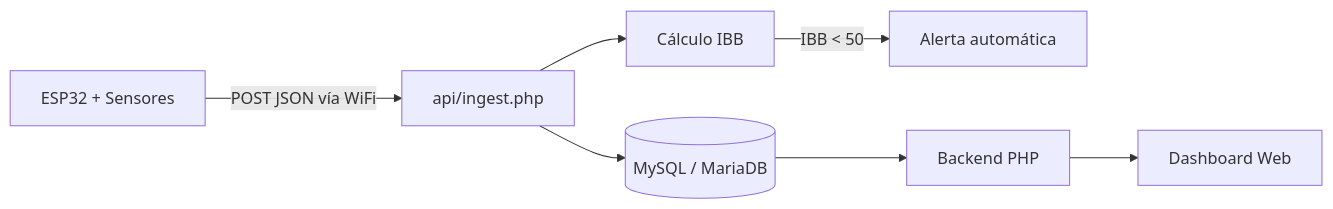
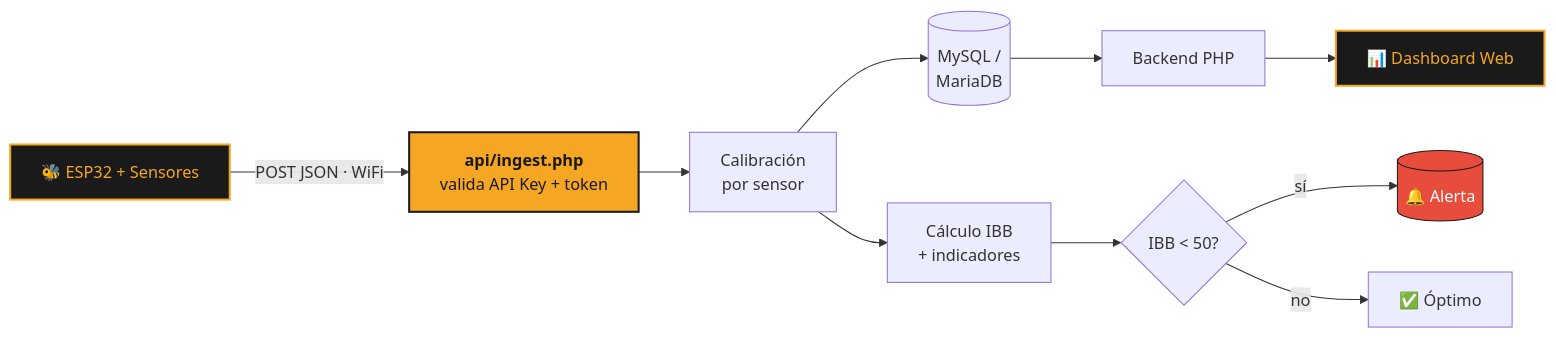
One commit to jeronimoparra-ai/BeeStation_Sena changed the first of 2 diagrams in README.md. Above: the diagram before and after it, drawn with Mermaid. The commit also changed other lines of this file, not shown here.

First line of the commit message:
Rediseñar README: hero, badges, diagramas mermaid y datos verificados

````diff
--- a/README.md
+++ b/README.md
@@ -21,9 +45,17 @@
 ```mermaid
 flowchart LR
-    A[ESP32 + Sensores] -->|POST JSON vía WiFi| B[api/ingest.php]
-    B --> C[(MySQL / MariaDB)]
-    B --> D[Cálculo IBB]
-    D -->|IBB < 50| E[Alerta automática]
-    C --> F[Backend PHP]
-    F --> G[Dashboard Web]
+    A["🐝 ESP32 + Sensores"] -->|"POST JSON · WiFi"| B["<b>api/ingest.php</b><br/>valida API Key + token"]
+    B --> C["Calibración<br/>por sensor"]
+    C --> D[(MySQL /<br/>MariaDB)]
+    C --> E["Cálculo IBB<br/>+ indicadores"]
+    E --> F{"IBB < 50?"}
+    F -->|"sí"| G[("🔔 Alerta")]
+    F -->|"no"| H["✅ Óptimo"]
+    D --> I["Backend PHP"]
+    I --> J["📊 Dashboard Web"]
+
+    style A fill:#1a1a1a,stroke:#F5A623,color:#F5A623,stroke-width:2px
+    style B fill:#F5A623,stroke:#1a1a1a,color:#1a1a1a,stroke-width:2px
+    style G fill:#e74c3c,stroke:#1a1a1a,color:#fff
+    style J fill:#1a1a1a,stroke:#F5A623,color:#F5A623,stroke-width:2px
 ```
````
